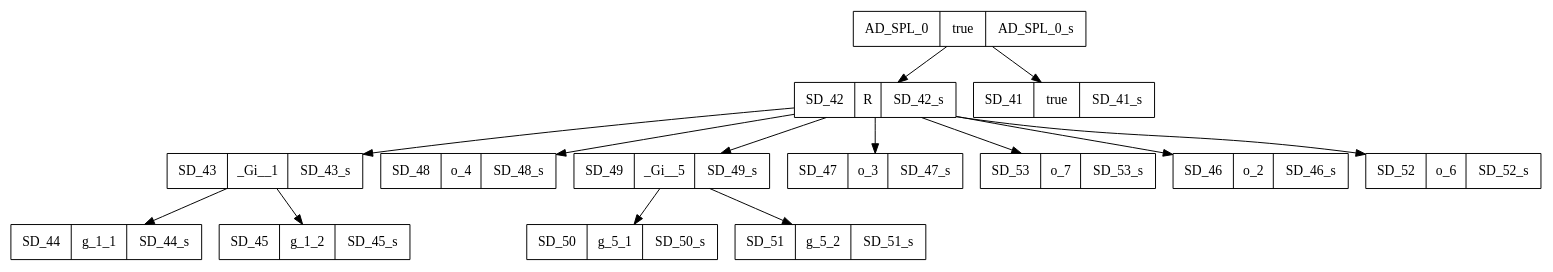
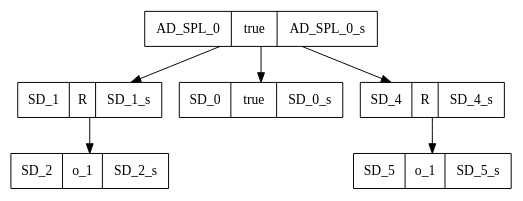
The diagram in src/results_joao/rdg_rdg.dot (SPLMC/spl-generator), drawn with Graphviz before and after one commit. The commit also changed 38 other files, not shown here.

```diff
--- a/src/results_joao/rdg_rdg.dot
+++ b/src/results_joao/rdg_rdg.dot
@@ -1,29 +1,13 @@
 digraph graphname {
 AD_SPL_0[shape=record, label="{{AD_SPL_0|true|AD_SPL_0_s}}"];
-SD_42[shape=record, label="{{SD_42|R|SD_42_s}}"];
-SD_43[shape=record, label="{{SD_43|_Gi__1|SD_43_s}}"];
-SD_44[shape=record, label="{{SD_44|g_1_1|SD_44_s}}"];
-SD_45[shape=record, label="{{SD_45|g_1_2|SD_45_s}}"];
-SD_48[shape=record, label="{{SD_48|o_4|SD_48_s}}"];
-SD_49[shape=record, label="{{SD_49|_Gi__5|SD_49_s}}"];
-SD_50[shape=record, label="{{SD_50|g_5_1|SD_50_s}}"];
-SD_51[shape=record, label="{{SD_51|g_5_2|SD_51_s}}"];
-SD_47[shape=record, label="{{SD_47|o_3|SD_47_s}}"];
-SD_53[shape=record, label="{{SD_53|o_7|SD_53_s}}"];
-SD_46[shape=record, label="{{SD_46|o_2|SD_46_s}}"];
-SD_52[shape=record, label="{{SD_52|o_6|SD_52_s}}"];
-SD_41[shape=record, label="{{SD_41|true|SD_41_s}}"];
-AD_SPL_0 -> SD_42;
-SD_42 -> SD_43;
-SD_43 -> SD_44;
-SD_43 -> SD_45;
-SD_42 -> SD_48;
-SD_42 -> SD_49;
-SD_49 -> SD_50;
-SD_49 -> SD_51;
-SD_42 -> SD_47;
-SD_42 -> SD_53;
-SD_42 -> SD_46;
-SD_42 -> SD_52;
-AD_SPL_0 -> SD_41;
+SD_1[shape=record, label="{{SD_1|R|SD_1_s}}"];
+SD_2[shape=record, label="{{SD_2|o_1|SD_2_s}}"];
+SD_0[shape=record, label="{{SD_0|true|SD_0_s}}"];
+SD_4[shape=record, label="{{SD_4|R|SD_4_s}}"];
+SD_5[shape=record, label="{{SD_5|o_1|SD_5_s}}"];
+AD_SPL_0 -> SD_1;
+SD_1 -> SD_2;
+AD_SPL_0 -> SD_0;
+AD_SPL_0 -> SD_4;
+SD_4 -> SD_5;
 }
```
